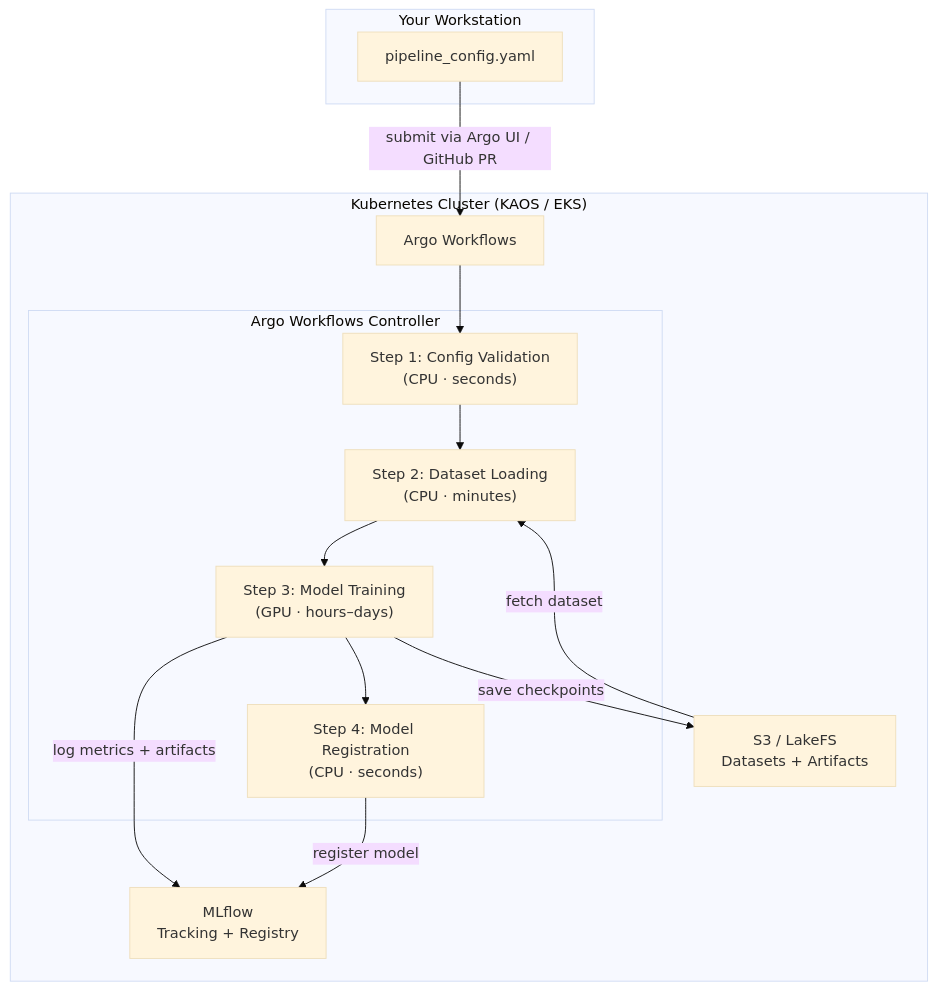
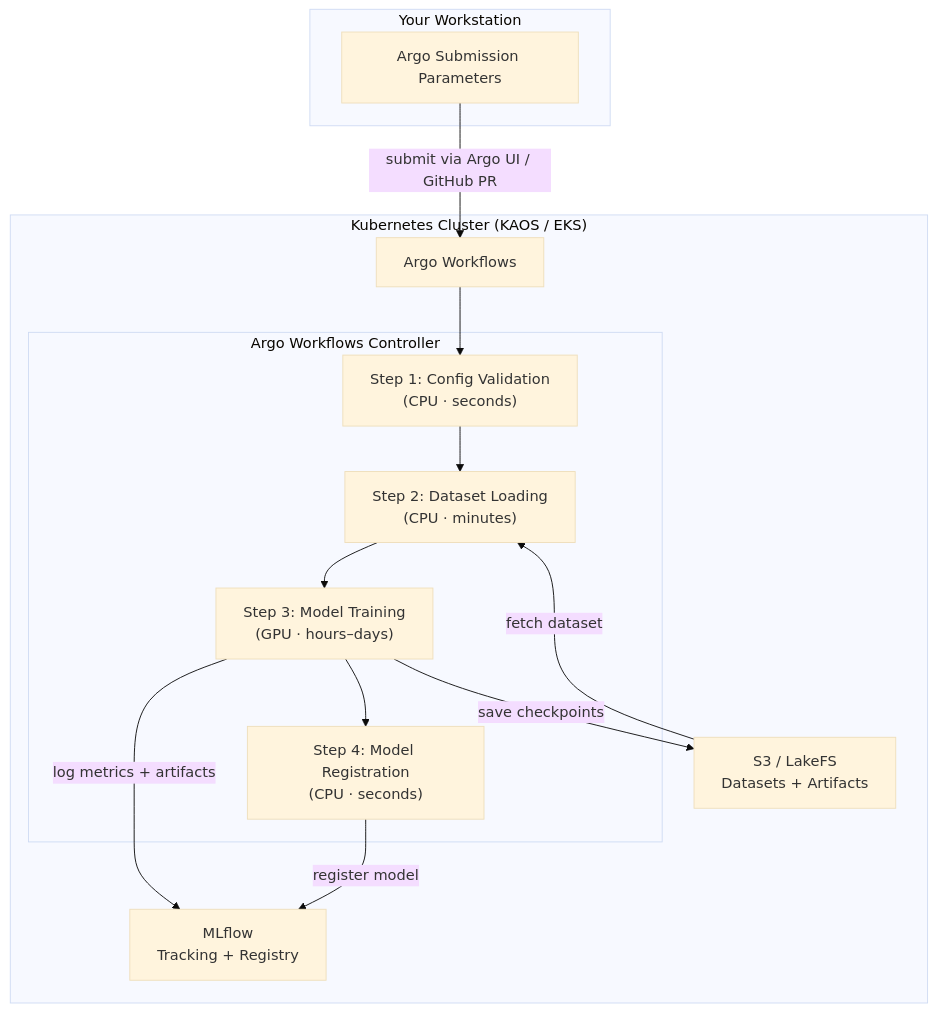
Before and after one commit to novelcore/kubeline-yolo-mlops: the first of 2 diagrams in .docs/reference/architecture.md, drawn with Mermaid (base theme). The commit also changed other lines of this file and 10 other files, not shown here.

First line of the commit message:
docs: fix stale pipeline_config.yaml refs, field names, and inconsistencies

````diff
--- a/.docs/reference/architecture.md
+++ b/.docs/reference/architecture.md
@@ -7,28 +7,28 @@
 ```mermaid
 graph TB
     subgraph Workstation["Your Workstation"]
-        YAML["pipeline_config.yaml"]
+        Params["Argo Submission Parameters"]
     end
 
-    YAML -->|submit via Argo UI / GitHub PR| ArgoAPI["Argo Workflows"]
+    Params -->|submit via Argo UI / GitHub PR| ArgoAPI["Argo Workflows"]
 
     subgraph K8s["Kubernetes Cluster (KAOS / EKS)"]
         subgraph Argo["Argo Workflows Controller"]
             S1["Step 1: Config Validation\n(CPU · seconds)"]
             S2["Step 2: Dataset Loading\n(CPU · minutes)"]
             S3["Step 3: Model Training\n(GPU · hours–days)"]
             S4["Step 4: Model Registration\n(CPU · seconds)"]
             S1 --> S2 --> S3 --> S4
         end
 
         ArgoAPI --> S1
 
         MLflow["MLflow\nTracking + Registry"]
         S3Storage["S3 / LakeFS\nDatasets + Artifacts"]
     end
 
     S3 -->|log metrics + artifacts| MLflow
     S4 -->|register model| MLflow
     S3Storage -->|fetch dataset| S2
     S3 -->|save checkpoints| S3Storage
 ```
````
